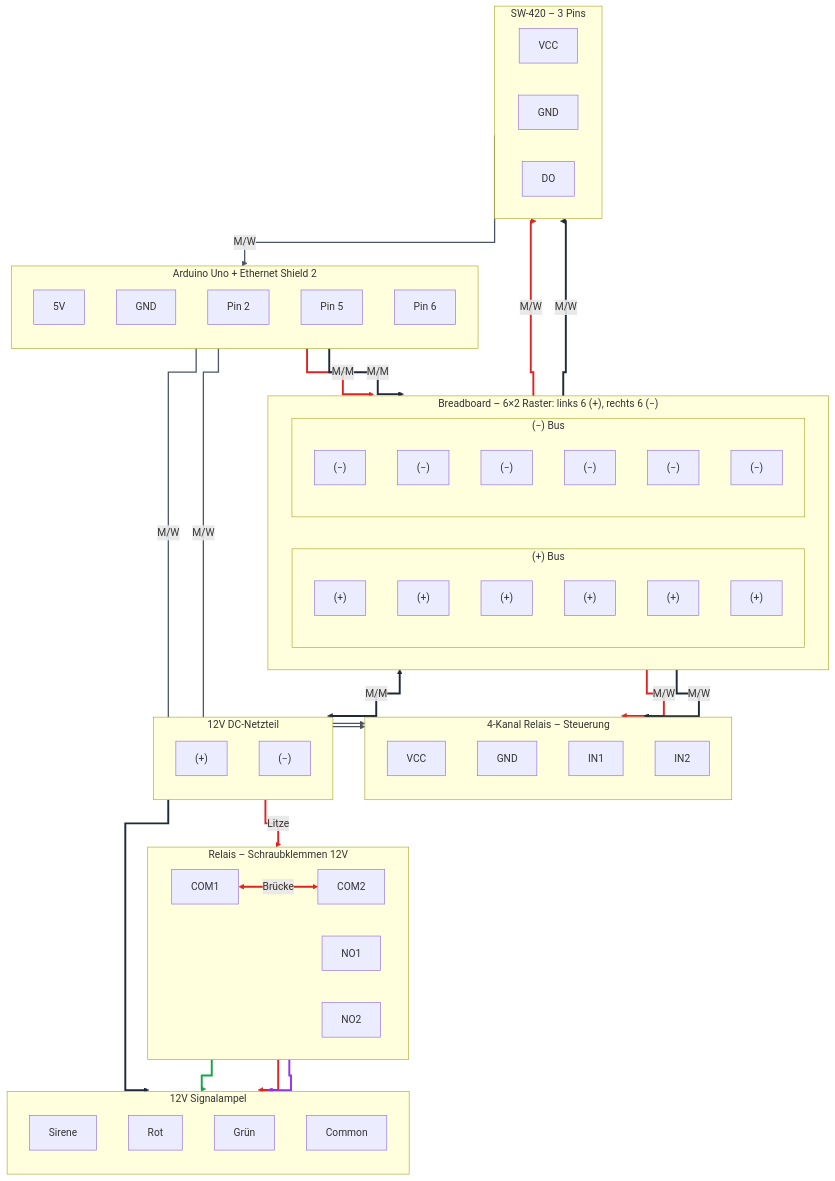
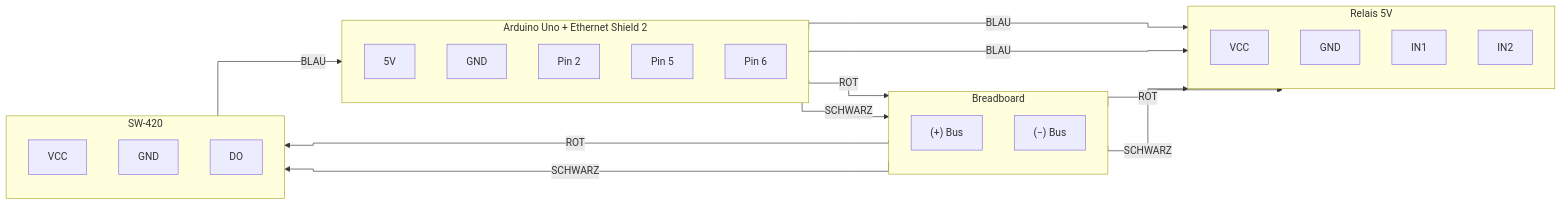
One commit to OliverBerger-ORBIS/ORBIS-Modellfabrik changed the first of 2 diagrams in docs/05-hardware/arduino-vibrationssensor.md. Above: the diagram before and after it, drawn with Mermaid. The commit also changed other lines of this file and 21 other files, not shown here.

````diff
--- a/docs/05-hardware/arduino-vibrationssensor.md
+++ b/docs/05-hardware/arduino-vibrationssensor.md
@@ -22,6 +24,6 @@
 ```mermaid
 %%{init: {'flowchart': {'curve': 'stepBefore'}}}%%
-flowchart TB
+flowchart LR
     subgraph ARDUINO["Arduino Uno + Ethernet Shield 2"]
         direction TB
         A_5V["5V"]
@@ -31,26 +33,20 @@
         A_P6["Pin 6"]
     end
 
-    subgraph BREADBOARD["Breadboard – 6×2 Raster: links 6 (+), rechts 6 (−)"]
-        direction LR
-        subgraph BB_PLUS["(+) Bus"]
-            direction TB
-            BB_P1["(+)"]; BB_P2["(+)"]; BB_P3["(+)"]; BB_P4["(+)"]; BB_P5["(+)"]; BB_P6["(+)"]
-        end
-        subgraph BB_MINUS["(−) Bus"]
-            direction TB
-            BB_M1["(−)"]; BB_M2["(−)"]; BB_M3["(−)"]; BB_M4["(−)"]; BB_M5["(−)"]; BB_M6["(−)"]
-        end
+    subgraph BB["Breadboard"]
+        direction TB
+        BB_P["(+) Bus"]
+        BB_M["(−) Bus"]
     end
 
-    subgraph SW420["SW-420 – 3 Pins"]
-        direction LR
+    subgraph SENSOR["SW-420"]
+        direction TB
         S_VCC["VCC"]
         S_GND["GND"]
         S_DO["DO"]
     end
 
-    subgraph RELAIS_IN["4-Kanal Relais – Steuerung"]
+    subgraph RELAIS["Relais 5V"]
         direction TB
         R_VCC["VCC"]
         R_GND["GND"]
@@ -58,59 +54,13 @@
         R_IN2["IN2"]
     end
 
-    subgraph RELAIS_OUT["Relais – Schraubklemmen 12V"]
-        direction LR
-        R_COM1["COM1"]
-        R_COM2["COM2"]
-        R_NO1["NO1"]
-        R_NO2["NO2"]
-    end
-
-    subgraph DC["12V DC-Netzteil"]
-        direction TB
-        DC_PLUS["(+)"]
-        DC_MINUS["(−)"]
-    end
-
-    subgraph AMPEL["12V Signalampel"]
-        direction TB
-        AMP_SIRENE["Sirene"]
-        AMP_ROT["Rot"]
-        AMP_GRUEN["Grün"]
-        AMP_COMMON["Common"]
-    end
-
-    A_5V -->|"M/M"| BB_P1
-    A_GND -->|"M/M"| BB_M1
-    BB_P2 -->|"M/W"| S_VCC
-    BB_M2 -->|"M/W"| S_GND
-    S_DO -->|"M/W"| A_P2
-    BB_P3 -->|"M/W"| R_VCC
-    BB_M3 -->|"M/W"| R_GND
-    A_P5 -->|"M/W"| R_IN1
-    A_P6 -->|"M/W"| R_IN2
-    DC_PLUS -->|"Litze"| R_COM1
-    R_COM1 <-->|"Brücke"| R_COM2
-    DC_MINUS --> AMP_COMMON
-    R_NO1 --> AMP_GRUEN
-    R_NO2 --> AMP_ROT
-    R_NO2 --> AMP_SIRENE
-    BB_M4 <-->|"M/M"| DC_MINUS
-
-    linkStyle 0 stroke:#dc2626,stroke-width:3px
-    linkStyle 1 stroke:#1f2937,stroke-width:3px
-    linkStyle 2 stroke:#dc2626,stroke-width:3px
-    linkStyle 3 stroke:#1f2937,stroke-width:3px
-    linkStyle 4 stroke:#4b5563,stroke-width:2px
-    linkStyle 5 stroke:#dc2626,stroke-width:3px
-    linkStyle 6 stroke:#1f2937,stroke-width:3px
-    linkStyle 7 stroke:#4b5563,stroke-width:2px
-    linkStyle 8 stroke:#4b5563,stroke-width:2px
-    linkStyle 9 stroke:#dc2626,stroke-width:3px
-    linkStyle 10 stroke:#dc2626,stroke-width:3px
-    linkStyle 11 stroke:#1f2937,stroke-width:3px
-    linkStyle 12 stroke:#16a34a,stroke-width:3px
-    linkStyle 13 stroke:#dc2626,stroke-width:3px
-    linkStyle 14 stroke:#9333ea,stroke-width:3px
-    linkStyle 15 stroke:#1f2937,stroke-width:3px
+    A_5V -->|"ROT"| BB_P
+    A_GND -->|"SCHWARZ"| BB_M
+    BB_P -->|"ROT"| S_VCC
+    BB_M -->|"SCHWARZ"| S_GND
+    S_DO -->|"BLAU"| A_P2
+    BB_P -->|"ROT"| R_VCC
+    BB_M -->|"SCHWARZ"| R_GND
+    A_P5 -->|"BLAU"| R_IN1
+    A_P6 -->|"BLAU"| R_IN2
 ```
````
